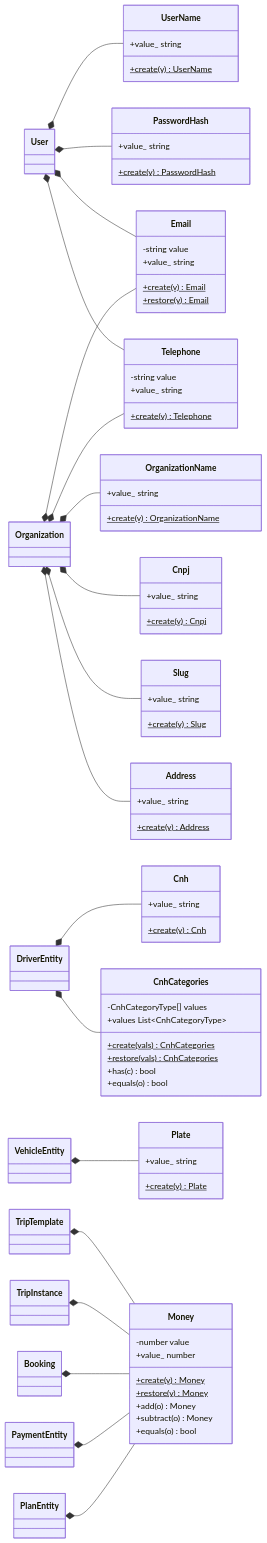
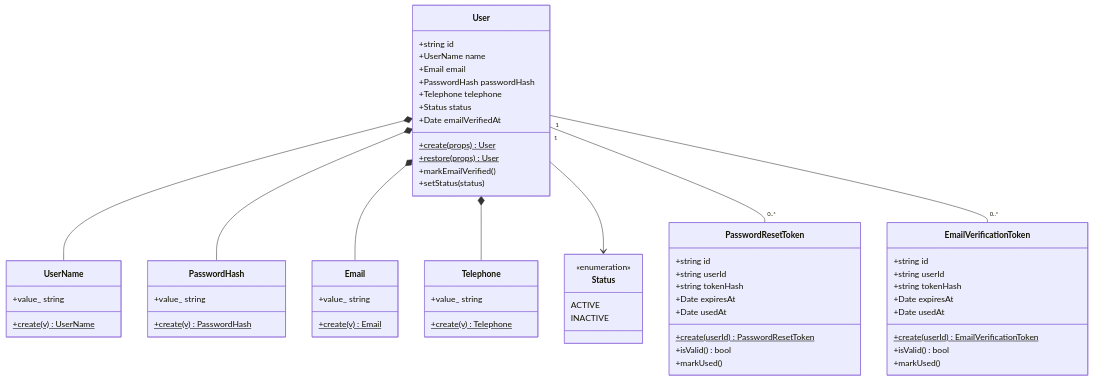
The second of 7 diagrams in docs/DIAGRAMA_CLASSES.md (rn-Rauan/movy-api), drawn with Mermaid before and after one commit. The commit also changed other lines of this file, not shown here.

Commit message:
feat(docs): Update class diagram to improve visualization.

````diff
--- a/docs/DIAGRAMA_CLASSES.md
+++ b/docs/DIAGRAMA_CLASSES.md
@@ -286,26 +71,39 @@
 ```mermaid
 classDiagram
-    direction LR
+    direction TB
 
-    class Email {
-        -string value
-        +create(v)$ Email
-        +restore(v)$ Email
-        +value_ string
+    class User {
+        +string id
+        +UserName name
+        +Email email
+        +PasswordHash passwordHash
+        +Telephone telephone
+        +Status status
+        +Date emailVerifiedAt
+        +create(props)$ User
+        +restore(props)$ User
+        +markEmailVerified()
+        +setStatus(status)
     }
-    class Telephone {
-        -string value
-        +create(v)$ Telephone
-        +value_ string
+    class PasswordResetToken {
+        +string id
+        +string userId
+        +string tokenHash
+        +Date expiresAt
+        +Date usedAt
+        +create(userId)$ PasswordResetToken
+        +isValid() bool
+        +markUsed()
     }
-    class Money {
-        -number value
-        +create(v)$ Money
-        +restore(v)$ Money
-        +value_ number
-        +add(o) Money
-        +subtract(o) Money
-        +equals(o) bool
+    class EmailVerificationToken {
+        +string id
+        +string userId
+        +string tokenHash
+        +Date expiresAt
+        +Date usedAt
+        +create(userId)$ EmailVerificationToken
+        +isValid() bool
+        +markUsed()
     }
     class UserName {
         +create(v)$ UserName
@@ -315,58 +113,25 @@
         +create(v)$ PasswordHash
         +value_ string
     }
-    class Cnpj {
-        +create(v)$ Cnpj
+    class Email {
+        +create(v)$ Email
         +value_ string
     }
-    class Slug {
-        +create(v)$ Slug
+    class Telephone {
+        +create(v)$ Telephone
         +value_ string
     }
-    class OrganizationName {
-        +create(v)$ OrganizationName
-        +value_ string
-    }
-    class Address {
-        +create(v)$ Address
-        +value_ string
-    }
-    class Cnh {
-        +create(v)$ Cnh
-        +value_ string
-    }
-    class CnhCategories {
-        -CnhCategoryType[] values
-        +create(vals)$ CnhCategories
-        +restore(vals)$ CnhCategories
-        +values List~CnhCategoryType~
-        +has(c) bool
-        +equals(o) bool
-    }
-    class Plate {
-        +create(v)$ Plate
-        +value_ string
+    class Status {
+        <<enumeration>>
+        ACTIVE
+        INACTIVE
     }
 
     User *-- UserName
     User *-- PasswordHash
     User *-- Email
     User *-- Telephone
-
-    Organization *-- OrganizationName
-    Organization *-- Cnpj
-    Organization *-- Slug
-    Organization *-- Address
-    Organization *-- Email
-    Organization *-- Telephone
-
-    DriverEntity *-- Cnh
-    DriverEntity *-- CnhCategories
-    VehicleEntity *-- Plate
-
-    TripTemplate *-- Money
-    TripInstance *-- Money
-    Booking *-- Money
-    PaymentEntity *-- Money
-    PlanEntity *-- Money
+    User --> Status
+    User "1" -- "0..*" PasswordResetToken
+    User "1" -- "0..*" EmailVerificationToken
 ```
````
